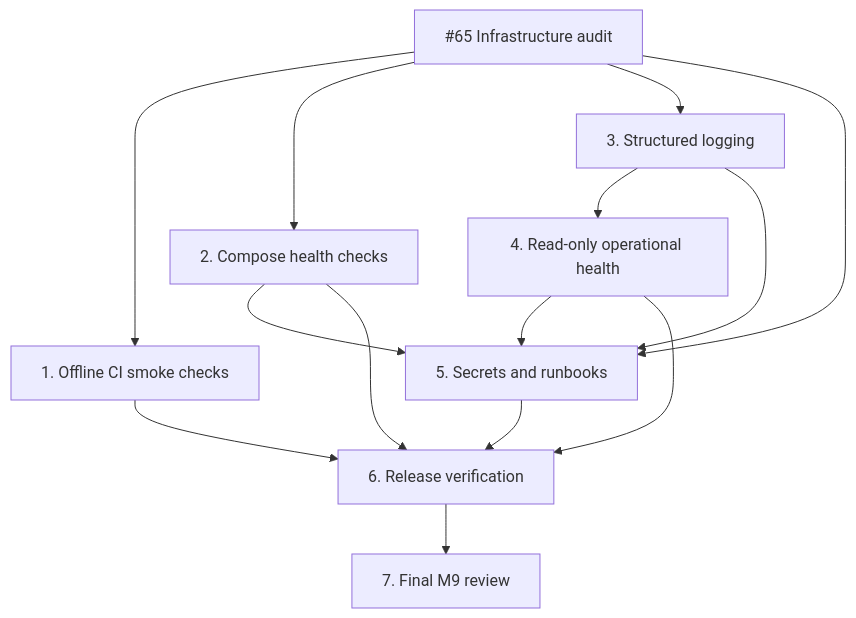
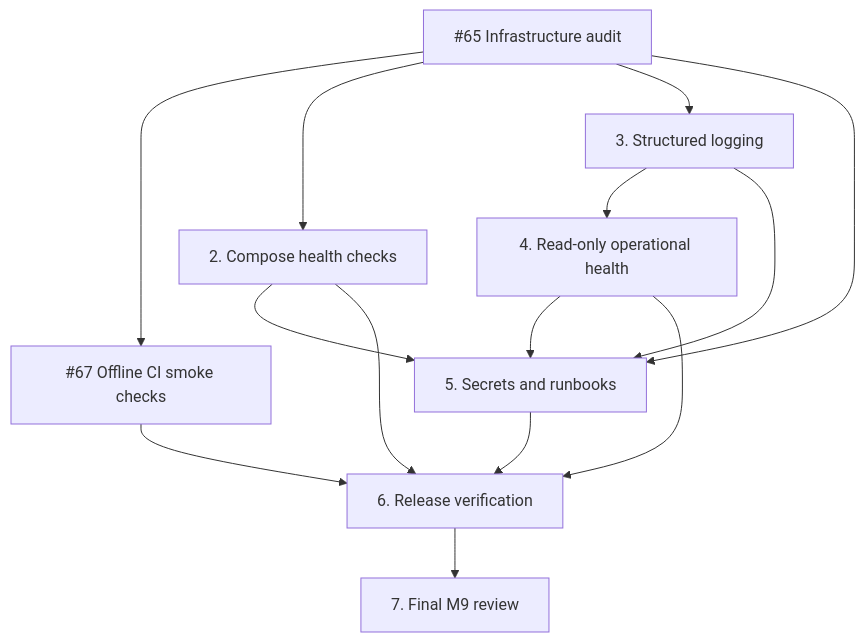
Before and after one commit to Ahmeddsayedd/financial-market-data-platform: the diagram in docs/operations/m9-implementation-plan.md, drawn with Mermaid. The commit also changed other lines of this file and 4 other files, not shown here.

Commit message:
ci: add offline Airflow DAG and dashboard smoke verification

````diff
--- a/docs/operations/m9-implementation-plan.md
+++ b/docs/operations/m9-implementation-plan.md
@@ -80,25 +80,25 @@
 ```mermaid
 flowchart TD
     Audit["#65 Infrastructure audit"]
-    CI["1. Offline CI smoke checks"]
+    CI["#67 Offline CI smoke checks"]
     Compose["2. Compose health checks"]
     Logging["3. Structured logging"]
     Health["4. Read-only operational health"]
     Runbook["5. Secrets and runbooks"]
     Release["6. Release verification"]
     Review["7. Final M9 review"]
 
     Audit --> CI
     Audit --> Compose
     Audit --> Logging
     Logging --> Health
     Audit --> Runbook
     Compose --> Runbook
     Logging --> Runbook
     Health --> Runbook
     CI --> Release
     Compose --> Release
     Health --> Release
     Runbook --> Release
     Release --> Review
 ```
````
